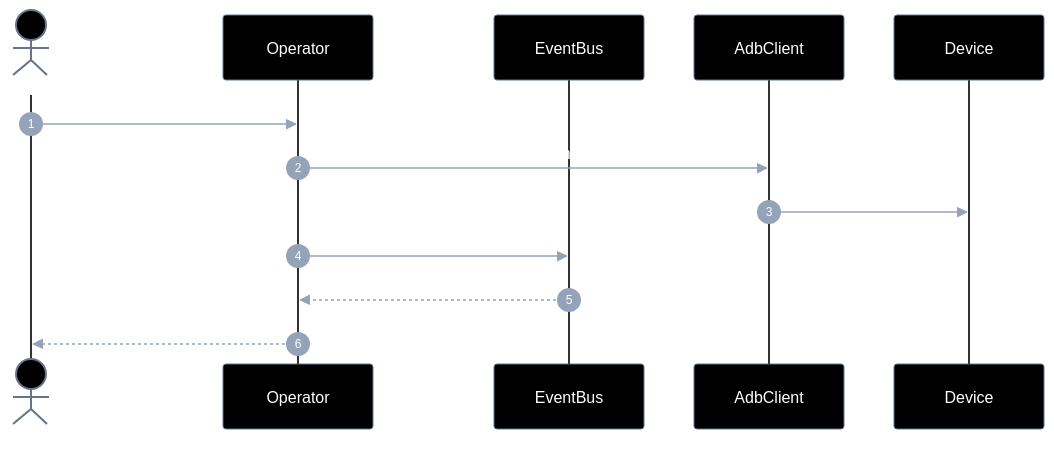
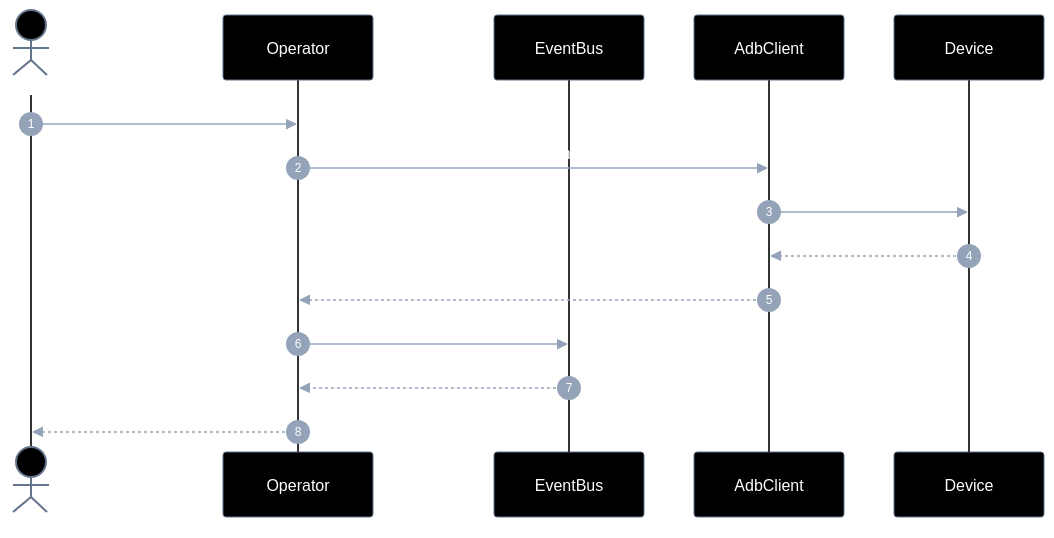
One commit to laerciogermano/workstation changed the first of 7 diagrams in connectmax/screen-robot/epics/EP-04-operar-tela/5.implementation-plan.md. Above: the diagram before and after it, drawn with Mermaid. The commit also changed other lines of this file and 5 other files, not shown here.

Commit message:
Completa retornos faltantes em todos os diagramas de sequência dos planos.

````diff
--- a/connectmax/screen-robot/epics/EP-04-operar-tela/5.implementation-plan.md
+++ b/connectmax/screen-robot/epics/EP-04-operar-tela/5.implementation-plan.md
@@ -42,57 +42,59 @@
 ```mermaid
 ---
 config:
   theme: base
   themeVariables:
     darkMode: true
     background: '#000000'
     primaryColor: '#000000'
     primaryTextColor: '#ffffff'
     primaryBorderColor: '#64748b'
     secondaryColor: '#000000'
     secondaryTextColor: '#ffffff'
     secondaryBorderColor: '#64748b'
     tertiaryColor: '#000000'
     tertiaryTextColor: '#ffffff'
     tertiaryBorderColor: '#64748b'
     lineColor: '#64748b'
     textColor: '#ffffff'
     mainBkg: '#000000'
     nodeBorder: '#64748b'
     clusterBkg: '#000000'
     clusterBorder: '#333333'
     titleColor: '#ffffff'
     edgeLabelBackground: '#000000'
     actorBkg: '#000000'
     actorBorder: '#64748b'
     actorTextColor: '#ffffff'
     actorLineColor: '#333333'
     signalColor: '#94a3b8'
     signalTextColor: '#ffffff'
     labelBoxBkgColor: '#000000'
     labelBoxBorderColor: '#64748b'
     labelTextColor: '#ffffff'
     loopTextColor: '#ffffff'
     noteBorderColor: '#64748b'
     noteBkgColor: '#111111'
     noteTextColor: '#ffffff'
     activationBorderColor: '#64748b'
     activationBkgColor: '#1a1a1a'
     sequenceNumberColor: '#ffffff'
     classText: '#ffffff'
 ---
 sequenceDiagram
   autonumber
   actor Dev as Caller
   participant O as Operator
   participant E as EventBus
   participant A as AdbClient
   participant D as Device
 
   Dev->>O: launch(serial, pkg, activity?)
   O->>A: am start / monkey
   A->>D: launch
+  D-->>A: started
+  A-->>O: ok
   O->>E: waitForAppForeground(pkg)
   E-->>O: foreground
   O-->>Dev: ok
 ```
````
